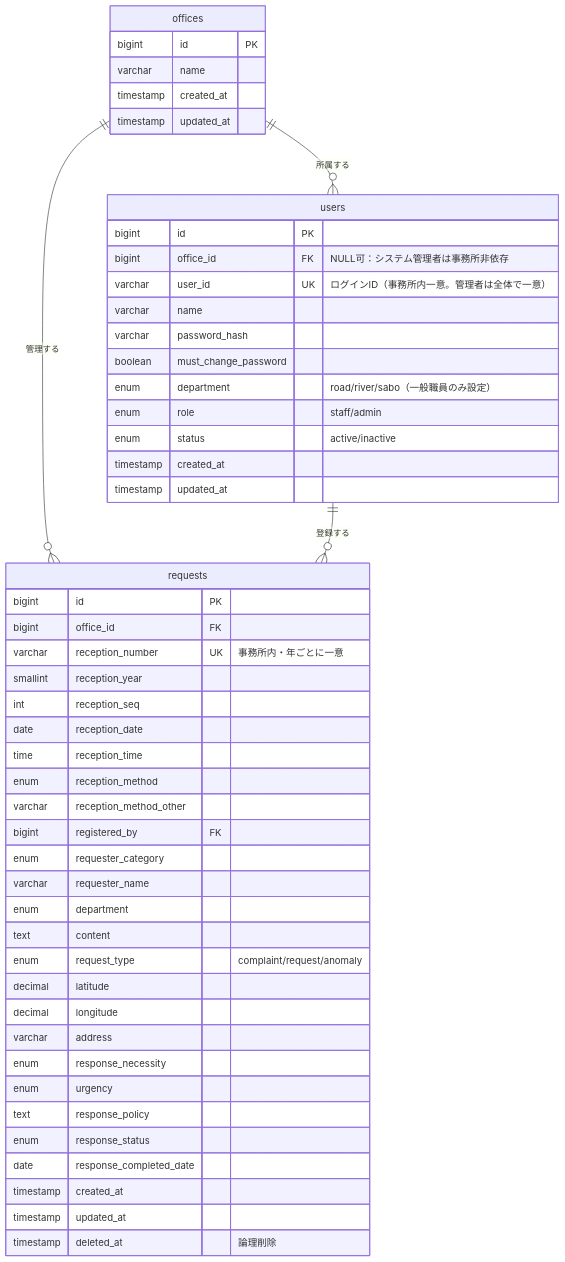
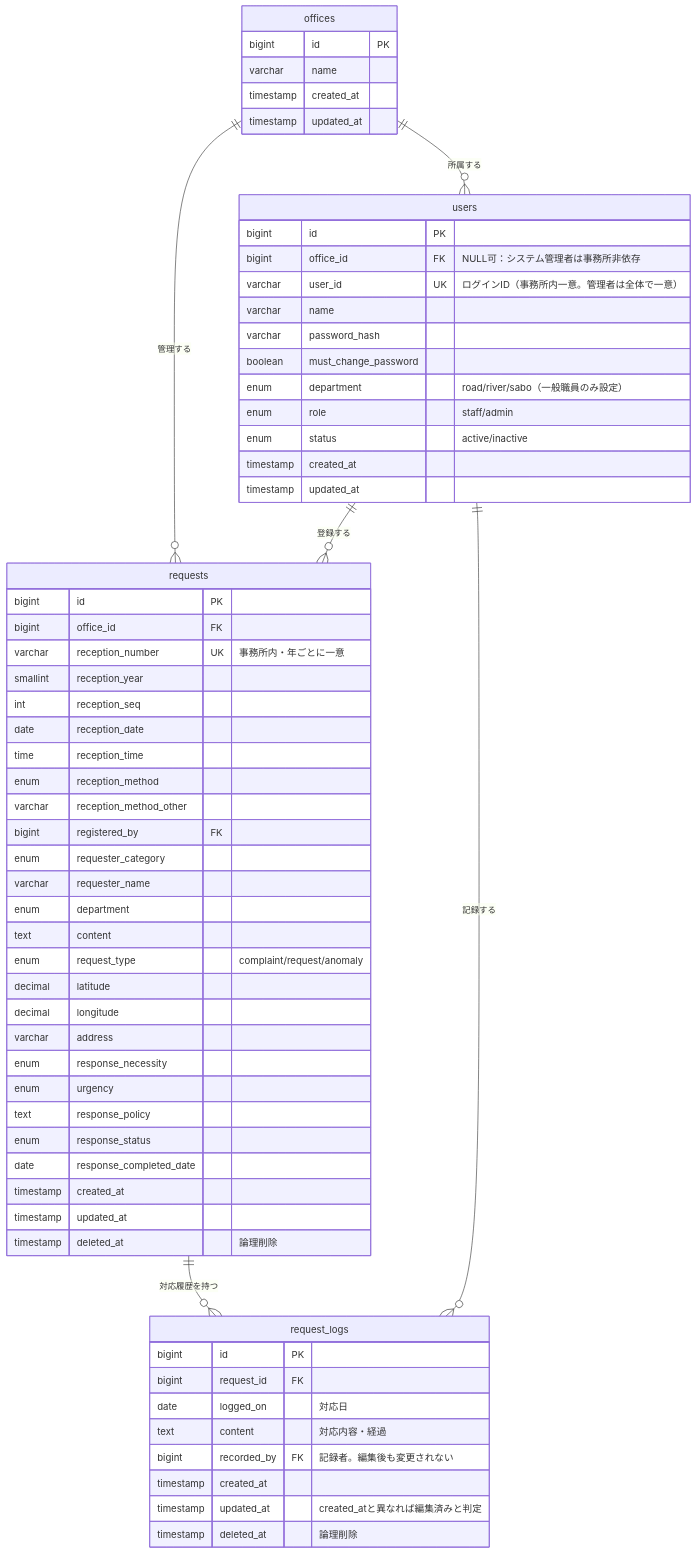
The diagram in docs/database-design.md (tomo-taka108/Civil-Request-Management), drawn with Mermaid before and after one commit. The commit also changed other lines of this file and 18 other files, not shown here.

````diff
--- a/docs/database-design.md
+++ b/docs/database-design.md
@@ -12,56 +12,69 @@
 ```mermaid
 erDiagram
     offices ||--o{ users : "所属する"
     offices ||--o{ requests : "管理する"
     users ||--o{ requests : "登録する"
+    requests ||--o{ request_logs : "対応履歴を持つ"
+    users ||--o{ request_logs : "記録する"
 
     offices {
         bigint id PK
         varchar name
         timestamp created_at
         timestamp updated_at
     }
 
     users {
         bigint id PK
         bigint office_id FK "NULL可：システム管理者は事務所非依存"
         varchar user_id UK "ログインID（事務所内一意。管理者は全体で一意）"
         varchar name
         varchar password_hash
         boolean must_change_password
         enum department "road/river/sabo（一般職員のみ設定）"
         enum role "staff/admin"
         enum status "active/inactive"
         timestamp created_at
         timestamp updated_at
     }
 
     requests {
         bigint id PK
         bigint office_id FK
         varchar reception_number UK "事務所内・年ごとに一意"
         smallint reception_year
         int reception_seq
         date reception_date
         time reception_time
         enum reception_method
         varchar reception_method_other
         bigint registered_by FK
         enum requester_category
         varchar requester_name
         enum department
         text content
         enum request_type "complaint/request/anomaly"
         decimal latitude
         decimal longitude
         varchar address
         enum response_necessity
         enum urgency
         text response_policy
         enum response_status
         date response_completed_date
         timestamp created_at
         timestamp updated_at
         timestamp deleted_at "論理削除"
     }
+
+    request_logs {
+        bigint id PK
+        bigint request_id FK
+        date logged_on "対応日"
+        text content "対応内容・経過"
+        bigint recorded_by FK "記録者。編集後も変更されない"
+        timestamp created_at
+        timestamp updated_at "created_atと異なれば編集済みと判定"
+        timestamp deleted_at "論理削除"
+    }
 ```
````
